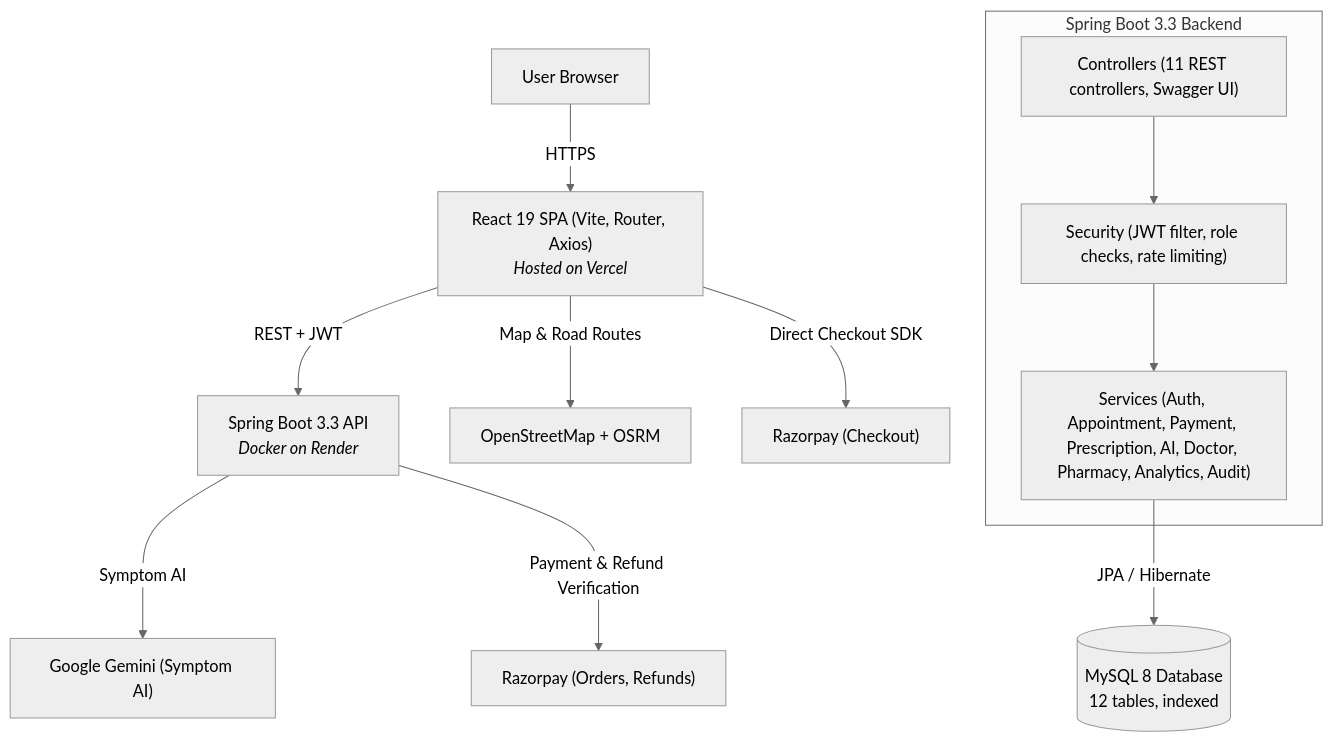
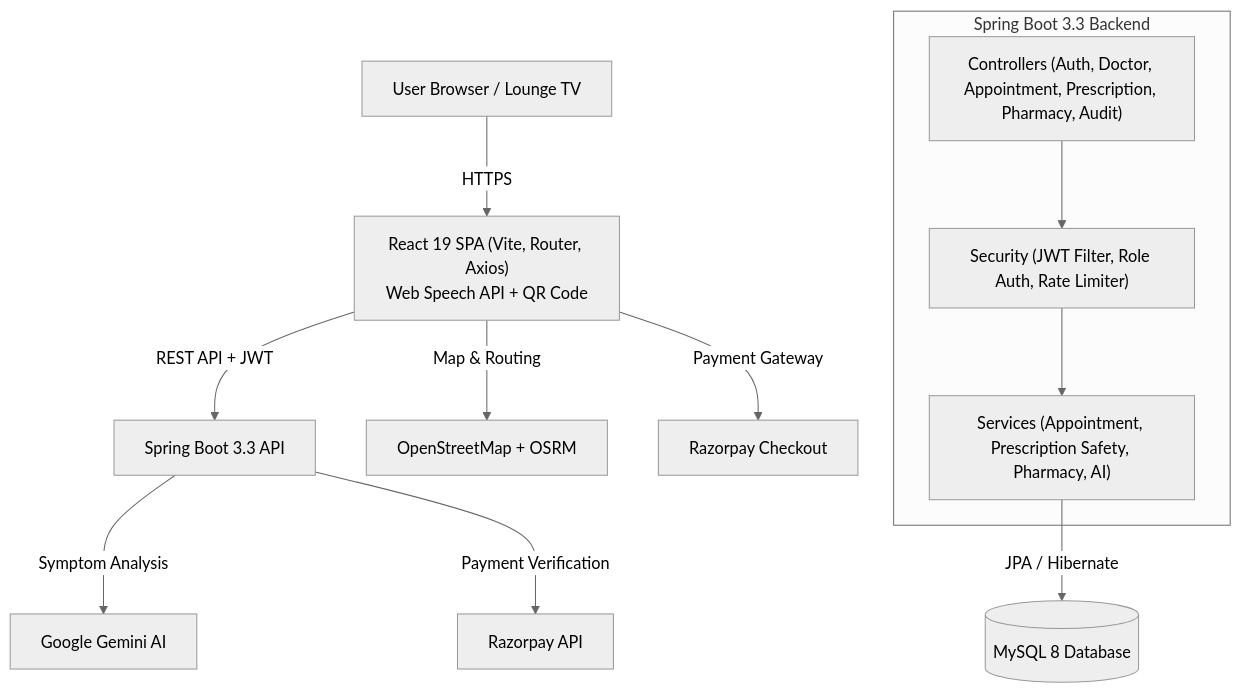
One commit to the-soumya/DoctorFinder changed the diagram in README.md. Above: the diagram before and after it, drawn with Mermaid (neutral theme). The commit also changed other lines of this file, not shown here.

Commit message:
docs: update README.md with comprehensive multi-chamber guide, live TV lounge, QR OPD slip, digital Rx, attendance tracker, and testing instructions

````diff
--- a/README.md
+++ b/README.md
@@ -42,18 +116,18 @@
 ```mermaid
 graph TD
-    User["User Browser"] -->|HTTPS| Frontend["React 19 SPA (Vite, Router, Axios)<br/><i>Hosted on Vercel</i>"]
-    Frontend -->|Map & Road Routes| OSRM["OpenStreetMap + OSRM"]
-    Frontend -->|Direct Checkout SDK| RazorpayClient["Razorpay (Checkout)"]
-    Frontend -->|REST + JWT| Backend["Spring Boot 3.3 API<br/><i>Docker on Render</i>"]
-    
+    User["User Browser / Lounge TV"] -->|HTTPS| Frontend["React 19 SPA (Vite, Router, Axios)<br/>Web Speech API + QR Code"]
+    Frontend -->|Map & Routing| OSRM["OpenStreetMap + OSRM"]
+    Frontend -->|Payment Gateway| RazorpayClient["Razorpay Checkout"]
+    Frontend -->|REST API + JWT| Backend["Spring Boot 3.3 API"]
+
     subgraph SpringBootApp ["Spring Boot 3.3 Backend"]
-        Controllers["Controllers (11 REST controllers, Swagger UI)"]
-        Security["Security (JWT filter, role checks, rate limiting)"]
-        Services["Services (Auth, Appointment, Payment, Prescription, AI, Doctor, Pharmacy, Analytics, Audit)"]
+        Controllers["Controllers (Auth, Doctor, Appointment, Prescription, Pharmacy, Audit)"]
+        Security["Security (JWT Filter, Role Auth, Rate Limiter)"]
+        Services["Services (Appointment, Prescription Safety, Pharmacy, AI)"]
         Controllers --> Security --> Services
     end
 
-    Backend -->|Symptom AI| Gemini["Google Gemini (Symptom AI)"]
-    Backend -->|Payment & Refund Verification| RazorpayAPI["Razorpay (Orders, Refunds)"]
-    Services -->|JPA / Hibernate| MySQL[("MySQL 8 Database<br/>12 tables, indexed")]
+    Backend -->|Symptom Analysis| Gemini["Google Gemini AI"]
+    Backend -->|Payment Verification| RazorpayAPI["Razorpay API"]
+    Services -->|JPA / Hibernate| MySQL[("MySQL 8 Database")]
 ```
````
